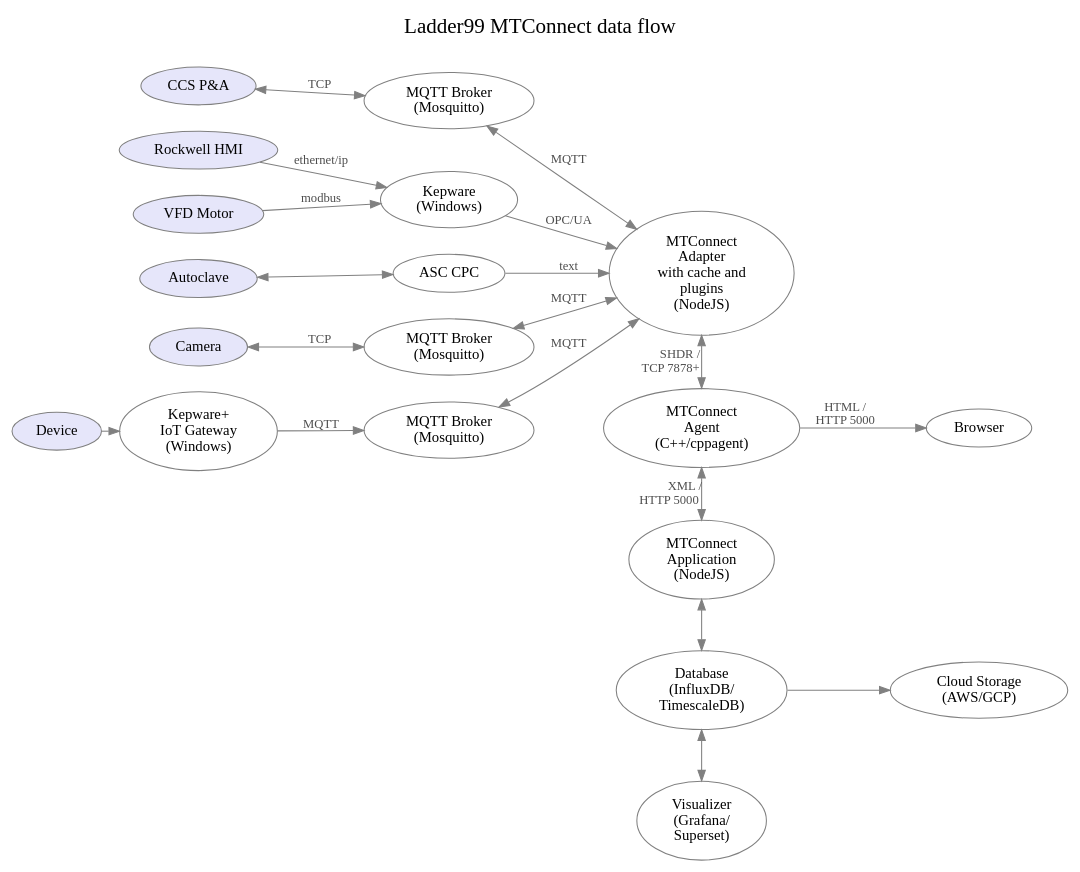
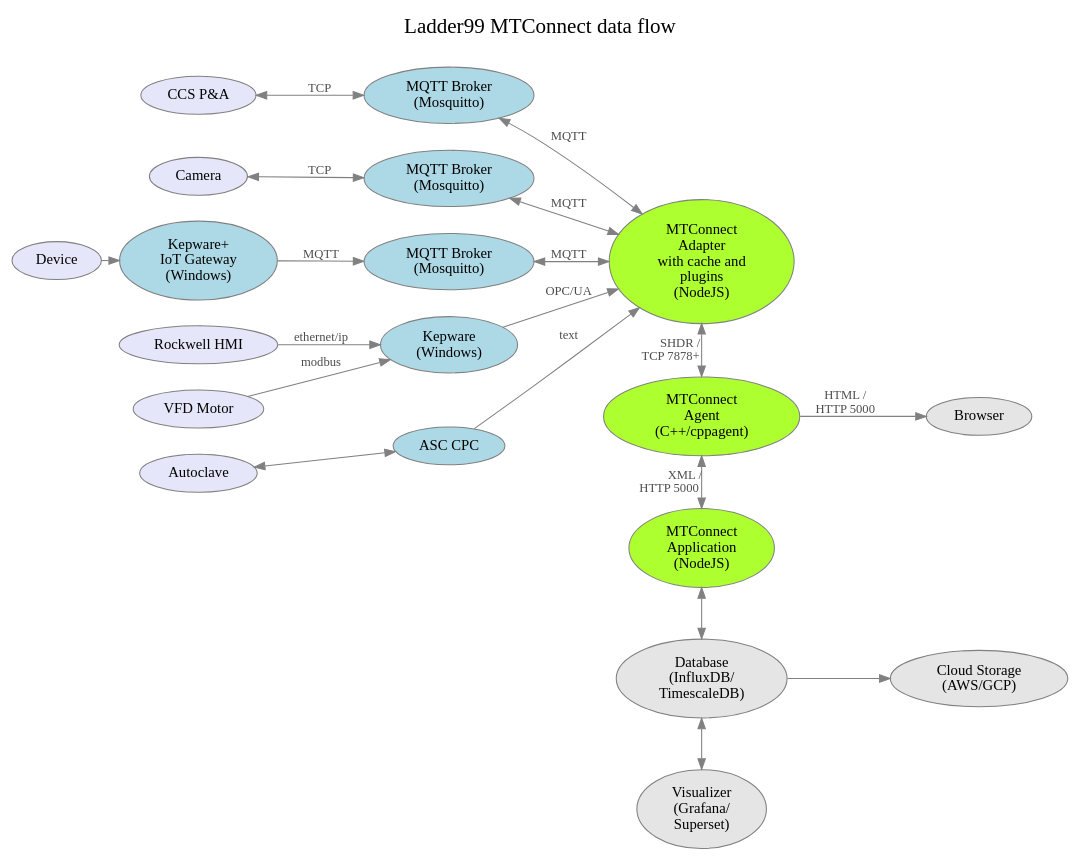
Before and after one commit to Ladder99/ladder99: the diagram in design/architecture.dot, drawn with Graphviz. The commit also changed 1 other file, not shown here.

```diff
--- a/design/architecture.dot
+++ b/design/architecture.dot
@@ -1,75 +1,107 @@
-digraph "ladder99-adapter" {
+// graphviz diagram
+// colors https://www.graphviz.org/doc/info/colors.html
 
+digraph "ladder99-mtconnect" {
+
+  //------------------------------------------------------------------------
   // styles
-  graph [ label="Ladder99 MTConnect data flow\n "; color=lightgray; ];
+  //------------------------------------------------------------------------
+
+  graph [ label="Ladder99 MTConnect data flow\n ", color=lightgray; ];
   graph [ fontsize=20 ];
   graph [ labelloc=t ];
   graph [ ranksep=0.2 ];
   graph [ nodesep=0.35 ];
   graph [ rankdir=LR; ] // left-to-right
-  node [ color=gray; fillcolor=white; style=filled ];
+
+  node [ color=gray, fillcolor=white, style=filled ];
+
   edge [ color=gray ];
-  edge [ fontsize=12; fontcolor=gray30; ];
+  edge [ fontsize=12, fontcolor=gray30 ];
 
+
+  //------------------------------------------------------------------------
   // nodes
-  PA [ fillcolor=lavender; label="CCS P&A" ];
-  HMI [ fillcolor=lavender; label="Rockwell HMI" ];
-  Motor [ fillcolor=lavender; label="VFD Motor" ];
-  OldMachine3 [ fillcolor=lavender; label="Device" ];
-  Camera [ fillcolor=lavender; label="Camera" ];
-  Kepware1 [ label="Kepware\n(Windows)"];
-  Kepware2 [ label="Kepware+\nIoT Gateway\n(Windows)"];
-  Autoclave [ label="Autoclave", fillcolor=lavender ];
-  CPC [ label="ASC CPC" ];
-  Broker1 [ label="MQTT Broker\n(Mosquitto)" ];
-  Broker3 [ label="MQTT Broker\n(Mosquitto)" ];
-  Broker4 [ label="MQTT Broker\n(Mosquitto)" ];
-  // OldMachine1 [ fillcolor=lavender; label="Old Machine 1" ];
-  // PLC4X [ label="PLC4X\n(Java)" ];
-  Adapter [ label="MTConnect\nAdapter\nwith cache and\nplugins\n(NodeJS)" ];
+  //------------------------------------------------------------------------
+
+  // devices
+  PA [ fillcolor=lavender, label="CCS P&A" ];
+  HMI [ fillcolor=lavender, label="Rockwell HMI" ];
+  Motor [ fillcolor=lavender, label="VFD Motor" ];
+  OldMachine3 [ fillcolor=lavender, label="Device" ];
+  Camera [ fillcolor=lavender, label="Camera" ];
+  Autoclave [ fillcolor=lavender, label="Autoclave" ];
+  // OldMachine1 [ fillcolor=lavender, label="Old Machine 1" ];
+
+  // intermediaries
+  Broker1 [ fillcolor=lightblue, label="MQTT Broker\n(Mosquitto)" ];
+  Broker3 [ fillcolor=lightblue, label="MQTT Broker\n(Mosquitto)" ];
+  Broker4 [ fillcolor=lightblue, label="MQTT Broker\n(Mosquitto)" ];
+  Kepware1 [ fillcolor=lightblue, label="Kepware\n(Windows)"];
+  Kepware2 [ fillcolor=lightblue, label="Kepware+\nIoT Gateway\n(Windows)"];
+  CPC [ fillcolor=lightblue, label="ASC CPC" ];
+  // PLC4X [ fillcolor=lightblue, label="PLC4X\n(Java)" ];
+
+  // mtconnect
+  Adapter [ fillcolor=greenyellow, label="MTConnect\nAdapter\nwith cache and\nplugins\n(NodeJS)" ];
+  Agent [ fillcolor=greenyellow, label="MTConnect\nAgent\n(C++/cppagent)" ];
+  Application [ fillcolor=greenyellow, label="MTConnect\nApplication\n(NodeJS)" ];
+
+  // diode
   // DiodeSender [ label="Diode Sender\n(Java+RabbitMQ)" ];
   // DiodeReceiver [ label="Diode Receiver\n(Java+RabbitMQ)" ];
-  Agent [ label="MTConnect\nAgent\n(C++/cppagent)" ];
-  Application [ label="MTConnect\nApplication\n(NodeJS)" ];
-  Database [ label="Database\n(InfluxDB/\nTimescaleDB)" ];
-  Visualizer [ label="Visualizer\n(Grafana/\nSuperset)" ];
-  Cloud [ label="Cloud Storage\n(AWS/GCP)" ];
+
+  // applications
+  Database [ fillcolor=gray90, label="Database\n(InfluxDB/\nTimescaleDB)" ];
+  Visualizer [ fillcolor=gray90, label="Visualizer\n(Grafana/\nSuperset)" ];
+  Cloud [ fillcolor=gray90, label="Cloud Storage\n(AWS/GCP)" ];
+  Browser [ fillcolor=gray90 ];
+  // LOI [ fillcolor=gray90, label="LOI\n(SvelteJS)" ];
+
+  // users
   // Admin [ fillcolor=lightyellow ];
-  // LOI [ label="LOI\n(SvelteJS)" ];
   // Operator [ fillcolor=lightyellow ];
 
+
+  //------------------------------------------------------------------------
   // edges
+  //------------------------------------------------------------------------
+
   PA -> Broker1 [ label="  TCP  ", dir=both ];
   Camera -> Broker3 [ label="  TCP  ", dir=both ];
   Autoclave -> CPC [ dir=both ];
   Broker1 -> Adapter [ label="MQTT", dir=both ];
   Broker3 -> Adapter [ label="MQTT", dir=both ];
   Broker4 -> Adapter [ label="MQTT", dir=both ];
   // OldMachine1 -> PLC4X; // [ label="proprietary\nprotocol" ];
   // PLC4X -> Broker3 [ label="" ];
   HMI -> Kepware1 [ label="ethernet/ip" ];
   Motor -> Kepware1 [ label="modbus" ];
   Kepware1 -> Adapter [ label="OPC/UA" ];
   // Kepware2 -> Gateway;
   CPC -> Adapter [ label="text" ];
   // Gateway -> Broker4 [ label="MQTT" ];
   OldMachine3 -> Kepware2;
   Kepware2 -> Broker4 [ label="MQTT" ];
   Adapter -> Agent [ label="SHDR /   \nTCP 7878+         ", dir=both ];
   // Adapter -> DiodeSender [ label="SHDR /   \nTCP 7878      ", dir=both, style=dotted ];
   // DiodeSender -> DiodeReceiver [ label="UDP    ", style=dotted ];
   // DiodeReceiver -> Agent [ label="SHDR /    \nTCP 7878        ", style=dotted ];
   Agent -> Application [ dir=both; label="XML / \nHTTP 5000          " ];
   Agent -> Browser [ label="HTML /\nHTTP 5000" ];
   Application -> Database [ dir=both ];
   Database -> Visualizer [ dir=both ];
   Database -> Cloud;
   // Visualizer -> Admin [ dir=both ];
   // Application -> LOI;
   // LOI -> Operator;
 
-  // rank
+
+  //------------------------------------------------------------------------
+  // ranks
+  //------------------------------------------------------------------------
+
   { rank=same; Adapter Agent Application Database Visualizer };
   // { rank=same; DiodeSender DiodeReceiver Cloud Admin };
   // { rank=same; Cloud Admin };
 }
```
